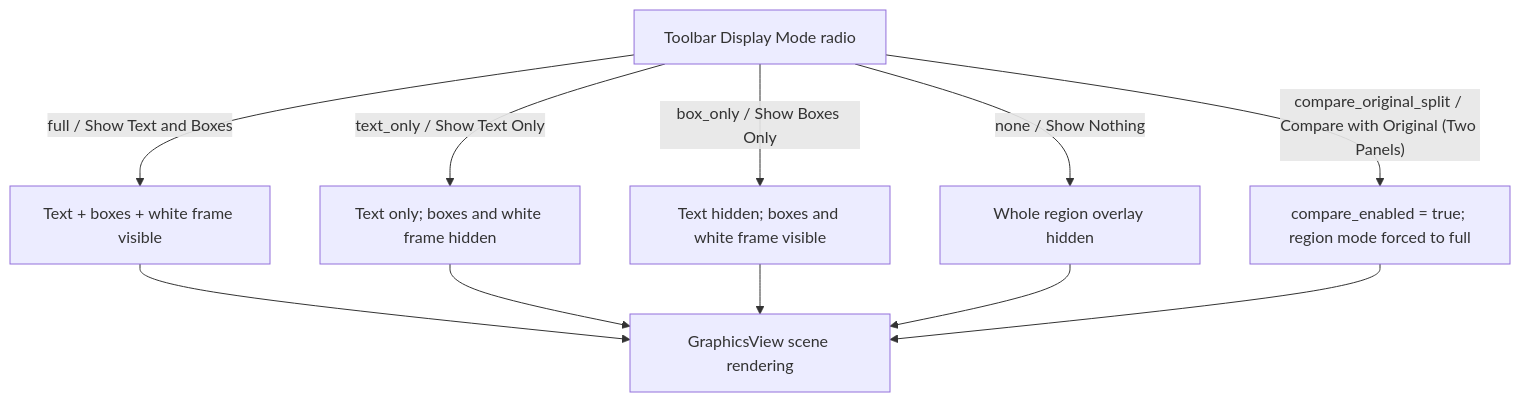
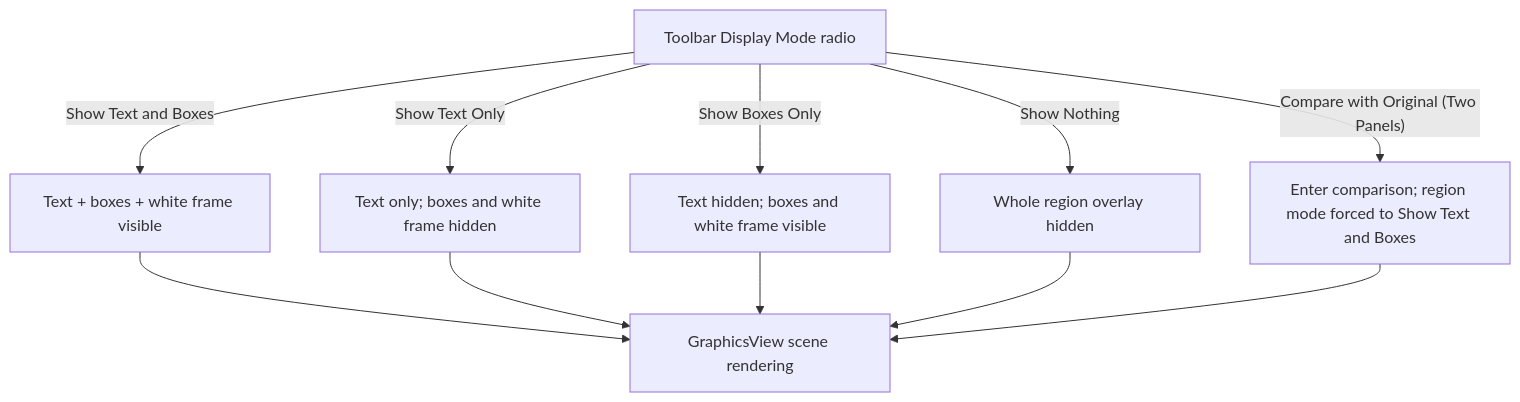
The first of 2 diagrams in doc/wiki/en/desktop/editor/display-compare-and-arrange.md (hgmzhn/manga-translator-ui), drawn with Mermaid before and after one commit. The commit also changed other lines of this file and 252 other files, not shown here.

````diff
--- a/doc/wiki/en/desktop/editor/display-compare-and-arrange.md
+++ b/doc/wiki/en/desktop/editor/display-compare-and-arrange.md
@@ -88,13 +62,13 @@
 ```mermaid
 flowchart TD
-    A["Toolbar Display Mode radio"] -->|"full / Show Text and Boxes"| F["Text + boxes + white frame visible"]
-    A -->|"text_only / Show Text Only"| T["Text only; boxes and white frame hidden"]
-    A -->|"box_only / Show Boxes Only"| B["Text hidden; boxes and white frame visible"]
-    A -->|"none / Show Nothing"| N["Whole region overlay hidden"]
-    A -->|"compare_original_split / Compare with Original (Two Panels)"| C["compare_enabled = true; region mode forced to full"]
+    A["Toolbar Display Mode radio"] -->|"Show Text and Boxes"| F["Text + boxes + white frame visible"]
+    A -->|"Show Text Only"| T["Text only; boxes and white frame hidden"]
+    A -->|"Show Boxes Only"| B["Text hidden; boxes and white frame visible"]
+    A -->|"Show Nothing"| N["Whole region overlay hidden"]
+    A -->|"Compare with Original (Two Panels)"| C["Enter comparison; region mode forced to Show Text and Boxes"]
     F --> R["GraphicsView scene rendering"]
     T --> R
     B --> R
     N --> R
     C --> R
 ```
````
